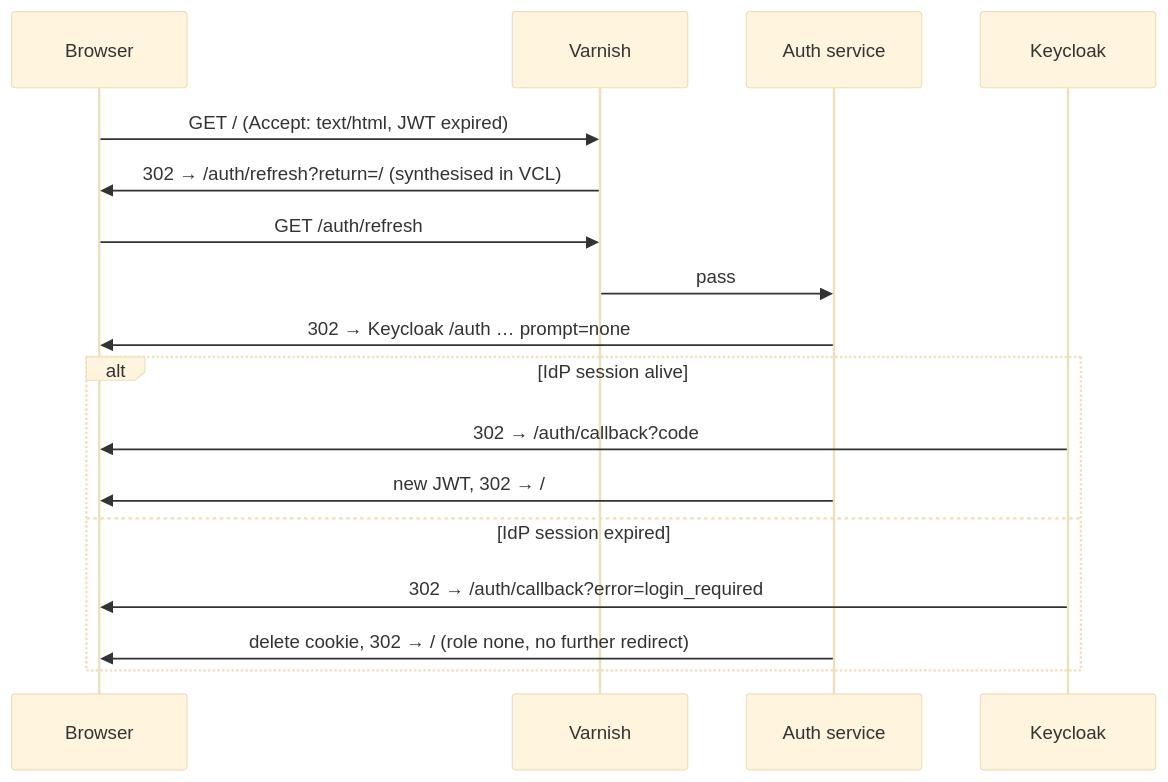
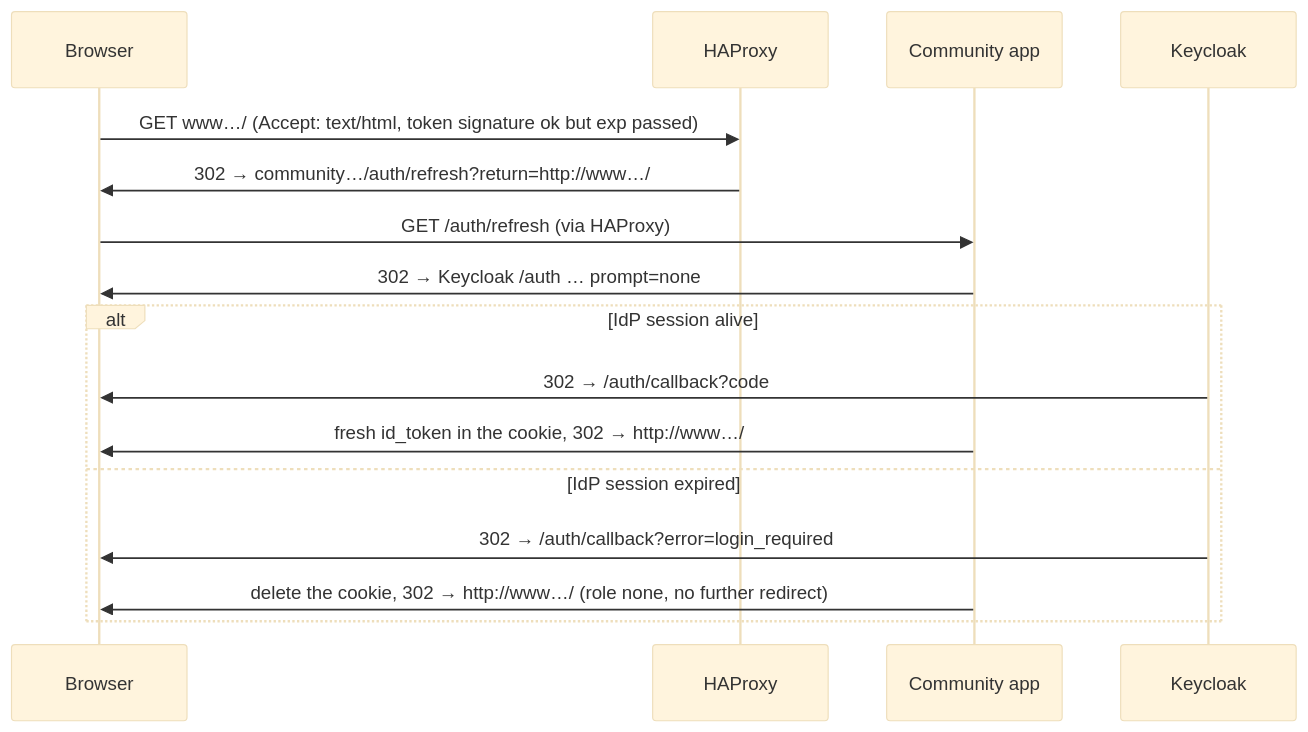
One commit to correctiv/oidc-wp-prototype changed the third of 3 diagrams in README.md. Above: the diagram before and after it, drawn with Mermaid (base theme). The commit also changed other lines of this file and 23 other files, not shown here.

First line of the commit message:
HAProxy at the edge, community app as the sole relying party

````diff
--- a/README.md
+++ b/README.md
@@ -116,19 +120,18 @@
 ```mermaid
 sequenceDiagram
     participant B as Browser
-    participant V as Varnish
-    participant A as Auth service
+    participant H as HAProxy
+    participant C as Community app
     participant K as Keycloak
-    B->>V: GET / (Accept: text/html, JWT expired)
-    V->>B: 302 → /auth/refresh?return=/ (synthesised in VCL)
-    B->>V: GET /auth/refresh
-    V->>A: pass
-    A->>B: 302 → Keycloak /auth … prompt=none
+    B->>H: GET www…/ (Accept: text/html, token signature ok but exp passed)
+    H->>B: 302 → community…/auth/refresh?return=http://www…/
+    B->>C: GET /auth/refresh (via HAProxy)
+    C->>B: 302 → Keycloak /auth … prompt=none
     alt IdP session alive
         K->>B: 302 → /auth/callback?code
-        A->>B: new JWT, 302 → /
+        C->>B: fresh id_token in the cookie, 302 → http://www…/
     else IdP session expired
         K->>B: 302 → /auth/callback?error=login_required
-        A->>B: delete cookie, 302 → / (role none, no further redirect)
+        C->>B: delete the cookie, 302 → http://www…/ (role none, no further redirect)
     end
 ```
````
